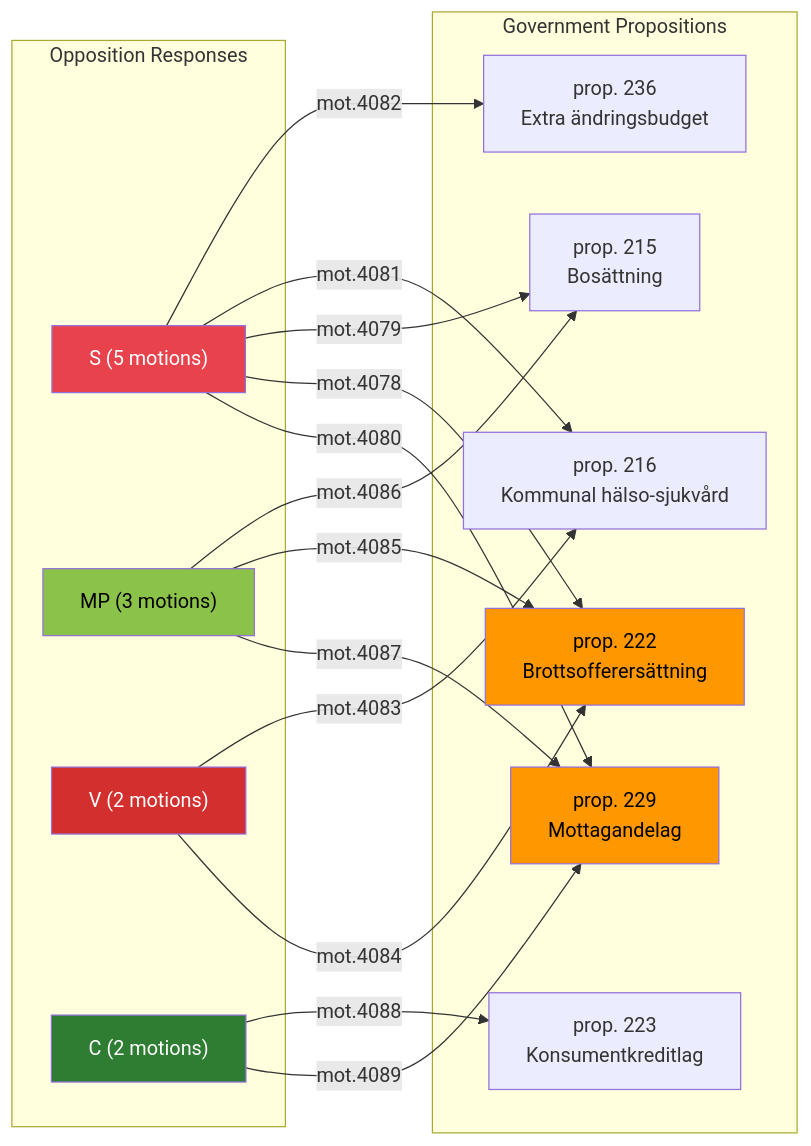
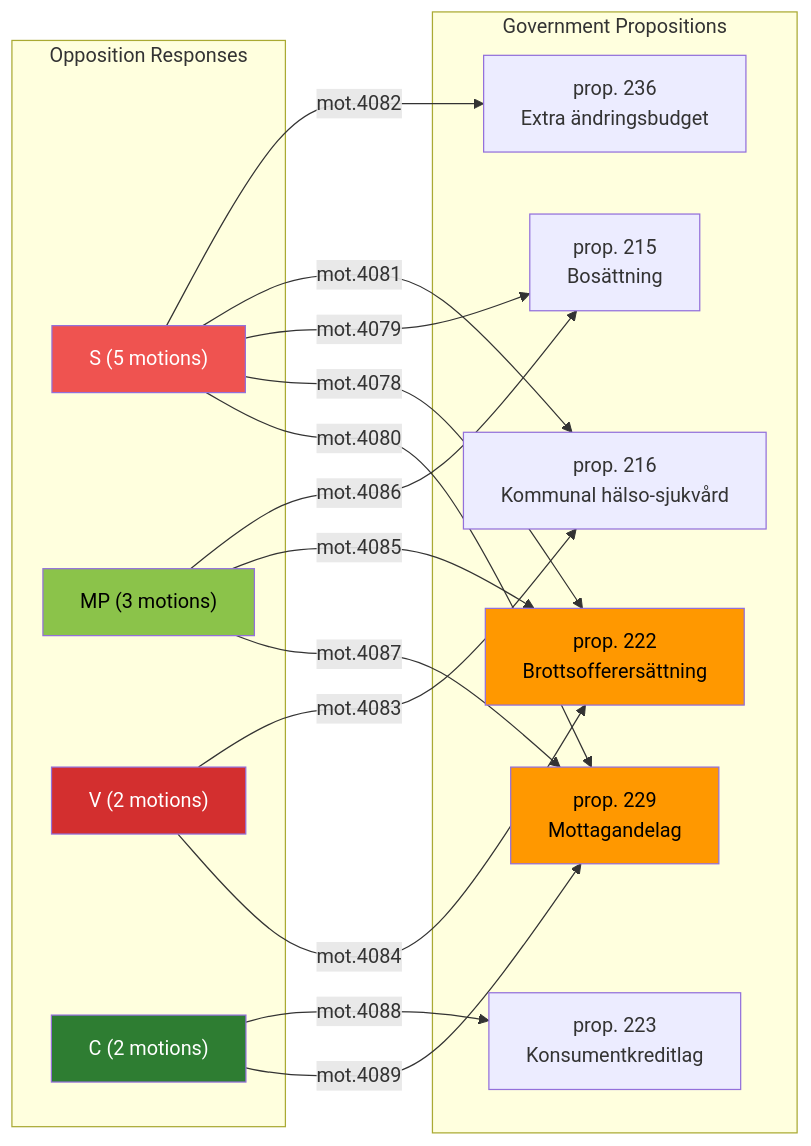
Before and after one commit to Hack23/riksdagsmonitor: the diagram in analysis/daily/2026-04-16/motions/swot-analysis.md, drawn with Mermaid. The commit also changed 121 other files, not shown here.

````diff
--- a/analysis/daily/2026-04-16/motions/swot-analysis.md
+++ b/analysis/daily/2026-04-16/motions/swot-analysis.md
@@ -14,35 +14,35 @@
 ```mermaid
 graph LR
     subgraph "Government Propositions"
         P229["prop. 229<br/>Mottagandelag"]
         P222["prop. 222<br/>Brottsofferersättning"]
         P215["prop. 215<br/>Bosättning"]
         P216["prop. 216<br/>Kommunal hälso-sjukvård"]
         P223["prop. 223<br/>Konsumentkreditlag"]
         P236["prop. 236<br/>Extra ändringsbudget"]
     end
     subgraph "Opposition Responses"
         S["S (5 motions)"]
         MP["MP (3 motions)"]
         V["V (2 motions)"]
         C["C (2 motions)"]
     end
     S -->|mot.4080| P229
     S -->|mot.4078| P222
     S -->|mot.4079| P215
     S -->|mot.4081| P216
     S -->|mot.4082| P236
     MP -->|mot.4087| P229
     MP -->|mot.4085| P222
     MP -->|mot.4086| P215
     V -->|mot.4084| P222
     V -->|mot.4083| P216
     C -->|mot.4089| P229
     C -->|mot.4088| P223
-    style S fill:#e8424d,color:#FFFFFF
+    style S fill:#EF5350,color:#FFFFFF
     style MP fill:#8BC34A,color:#000000
     style V fill:#D32F2F,color:#FFFFFF
     style C fill:#2E7D32,color:#FFFFFF
-    style P229 fill:#ff9800,color:#000000
-    style P222 fill:#ff9800,color:#000000
+    style P229 fill:#FF9800,color:#000000
+    style P222 fill:#FF9800,color:#000000
 ```
````
